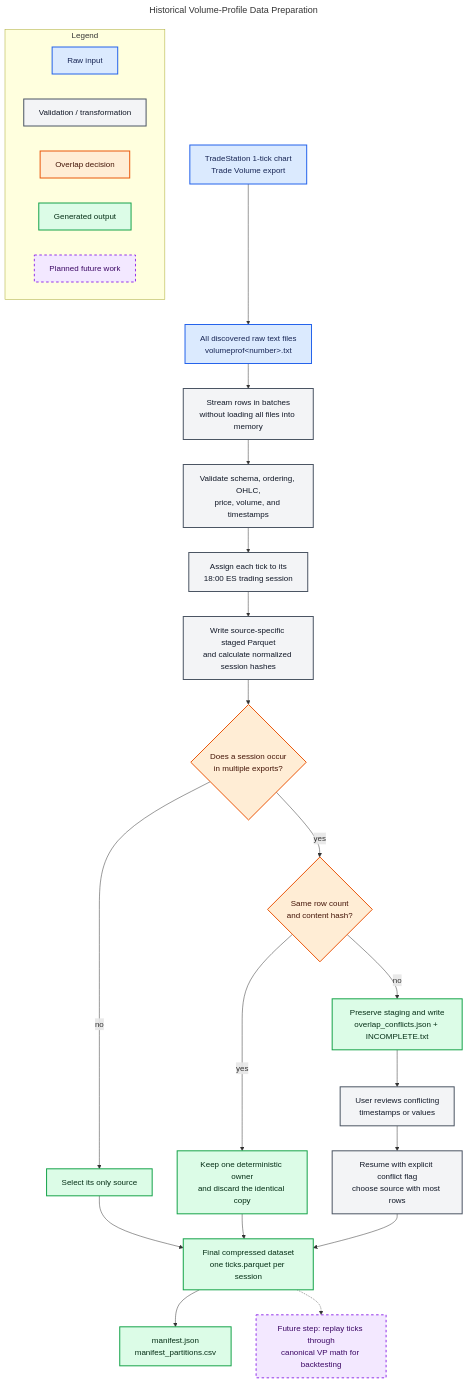
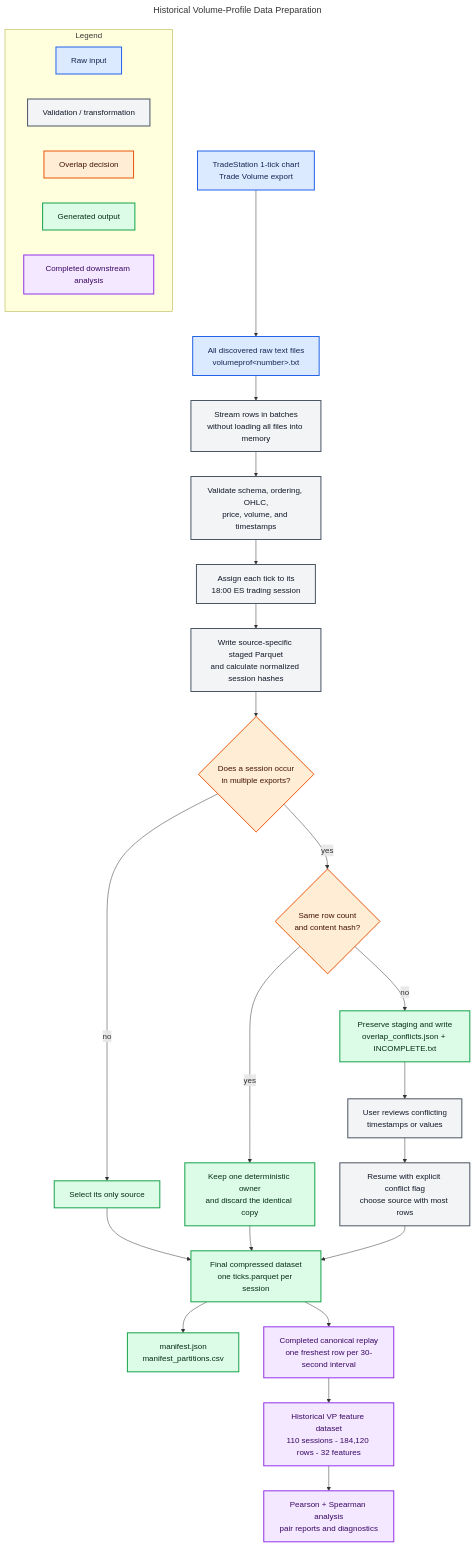
The diagram in diagrams/historical_vp_preparation.mmd (GGHOSTRADER/GNET), drawn with Mermaid before and after one commit. The commit also changed 18 other files, not shown here.

```diff
--- a/diagrams/historical_vp_preparation.mmd
+++ b/diagrams/historical_vp_preparation.mmd
@@ -1,62 +1,66 @@
 ---
 title: Historical Volume-Profile Data Preparation
 config:
   themeCSS: |
     .titleText { font-size: 32px !important; font-weight: 700 !important; }
 ---
 flowchart TD
 
     TS["TradeStation 1-tick chart<br/>Trade Volume export"]
     RAW["All discovered raw text files<br/>volumeprof&lt;number&gt;.txt"]
     READ["Stream rows in batches<br/>without loading all files into memory"]
     VALIDATE["Validate schema, ordering, OHLC,<br/>price, volume, and timestamps"]
     SESSION["Assign each tick to its<br/>18:00 ES trading session"]
     STAGE["Write source-specific staged Parquet<br/>and calculate normalized session hashes"]
     OVERLAP{"Does a session occur<br/>in multiple exports?"}
     SINGLE["Select its only source"]
     IDENTICAL{"Same row count<br/>and content hash?"}
     DEDUPE["Keep one deterministic owner<br/>and discard the identical copy"]
     CONFLICT["Preserve staging and write<br/>overlap_conflicts.json + INCOMPLETE.txt"]
     REVIEW["User reviews conflicting<br/>timestamps or values"]
     RESUME["Resume with explicit conflict flag<br/>choose source with most rows"]
     FINAL["Final compressed dataset<br/>one ticks.parquet per session"]
     MANIFEST["manifest.json<br/>manifest_partitions.csv"]
-    FUTURE["Future step: replay ticks through<br/>canonical VP math for backtesting"]
+    REPLAY["Completed canonical replay<br/>one freshest row per 30-second interval"]
+    FEATURES["Historical VP feature dataset<br/>110 sessions - 184,120 rows - 32 features"]
+    CORRELATION["Pearson + Spearman analysis<br/>pair reports and diagnostics"]
 
     TS --> RAW
     RAW --> READ
     READ --> VALIDATE
     VALIDATE --> SESSION
     SESSION --> STAGE
     STAGE --> OVERLAP
     OVERLAP -->|"no"| SINGLE
     OVERLAP -->|"yes"| IDENTICAL
     IDENTICAL -->|"yes"| DEDUPE
     IDENTICAL -->|"no"| CONFLICT
     CONFLICT --> REVIEW
     REVIEW --> RESUME
     SINGLE --> FINAL
     DEDUPE --> FINAL
     RESUME --> FINAL
     FINAL --> MANIFEST
-    FINAL -.-> FUTURE
+    FINAL --> REPLAY
+    REPLAY --> FEATURES
+    FEATURES --> CORRELATION
 
     subgraph LEGEND["Legend"]
         L1["Raw input"]
         L2["Validation / transformation"]
         L3["Overlap decision"]
         L4["Generated output"]
-        L5["Planned future work"]
+        L5["Completed downstream analysis"]
     end
 
     classDef input fill:#dbeafe,stroke:#2563eb,color:#172554,stroke-width:2px;
     classDef process fill:#f3f4f6,stroke:#4b5563,color:#111827,stroke-width:2px;
     classDef decision fill:#ffedd5,stroke:#ea580c,color:#431407,stroke-width:2px;
     classDef output fill:#dcfce7,stroke:#16a34a,color:#052e16,stroke-width:2px;
-    classDef future fill:#f3e8ff,stroke:#9333ea,color:#3b0764,stroke-width:2px,stroke-dasharray: 5 5;
+    classDef analysis fill:#f3e8ff,stroke:#9333ea,color:#3b0764,stroke-width:2px;
 
     class TS,RAW,L1 input;
     class READ,VALIDATE,SESSION,STAGE,REVIEW,RESUME,L2 process;
     class OVERLAP,IDENTICAL,L3 decision;
     class SINGLE,DEDUPE,CONFLICT,FINAL,MANIFEST,L4 output;
-    class FUTURE,L5 future;
+    class REPLAY,FEATURES,CORRELATION,L5 analysis;
```
